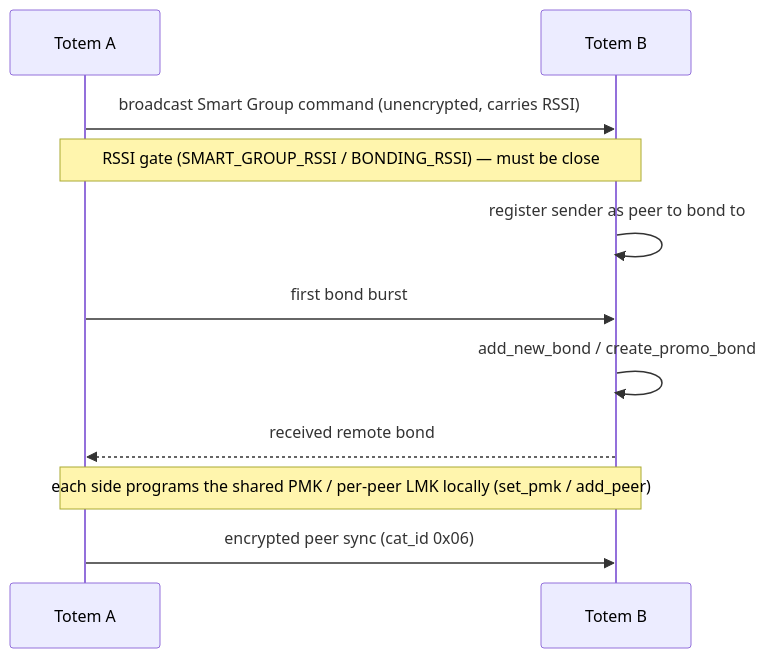
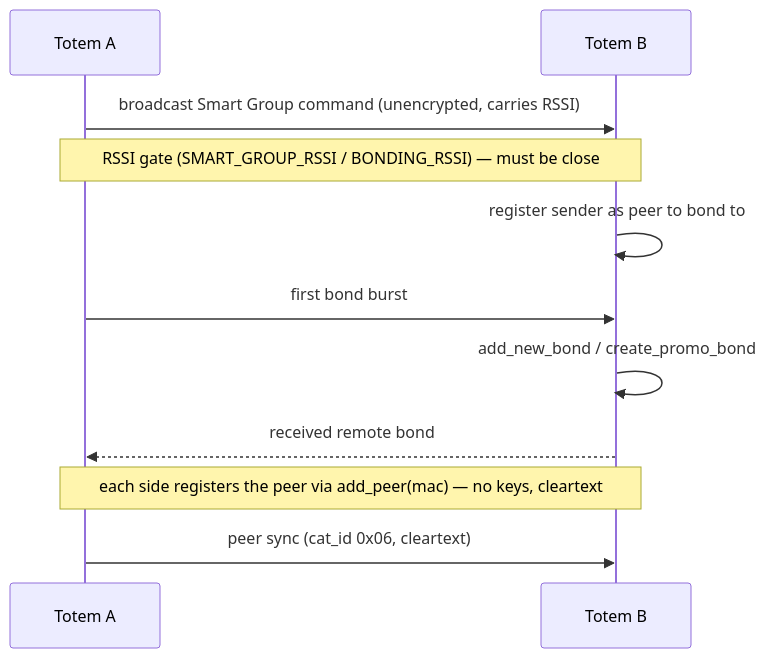
One commit to ljagiello/totem changed the diagram in docs/protocols/espnow-mesh.mdx. Above: the diagram before and after it, drawn with Mermaid. The commit also changed other lines of this file and 15 other files, not shown here.

````diff
--- a/docs/protocols/espnow-mesh.mdx
+++ b/docs/protocols/espnow-mesh.mdx
@@ -79,13 +128,13 @@
 ```mermaid
 sequenceDiagram
   participant A as Totem A
   participant B as Totem B
   A->>B: broadcast Smart Group command (unencrypted, carries RSSI)
   Note over A,B: RSSI gate (SMART_GROUP_RSSI / BONDING_RSSI) — must be close
   B->>B: register sender as peer to bond to
   A->>B: first bond burst
   B->>B: add_new_bond / create_promo_bond
   B-->>A: received remote bond
-  Note over A,B: each side programs the shared PMK / per-peer LMK locally (set_pmk / add_peer)
-  A->>B: encrypted peer sync (cat_id 0x06)
+  Note over A,B: each side registers the peer via add_peer(mac) — no keys, cleartext
+  A->>B: peer sync (cat_id 0x06, cleartext)
 ```
````
